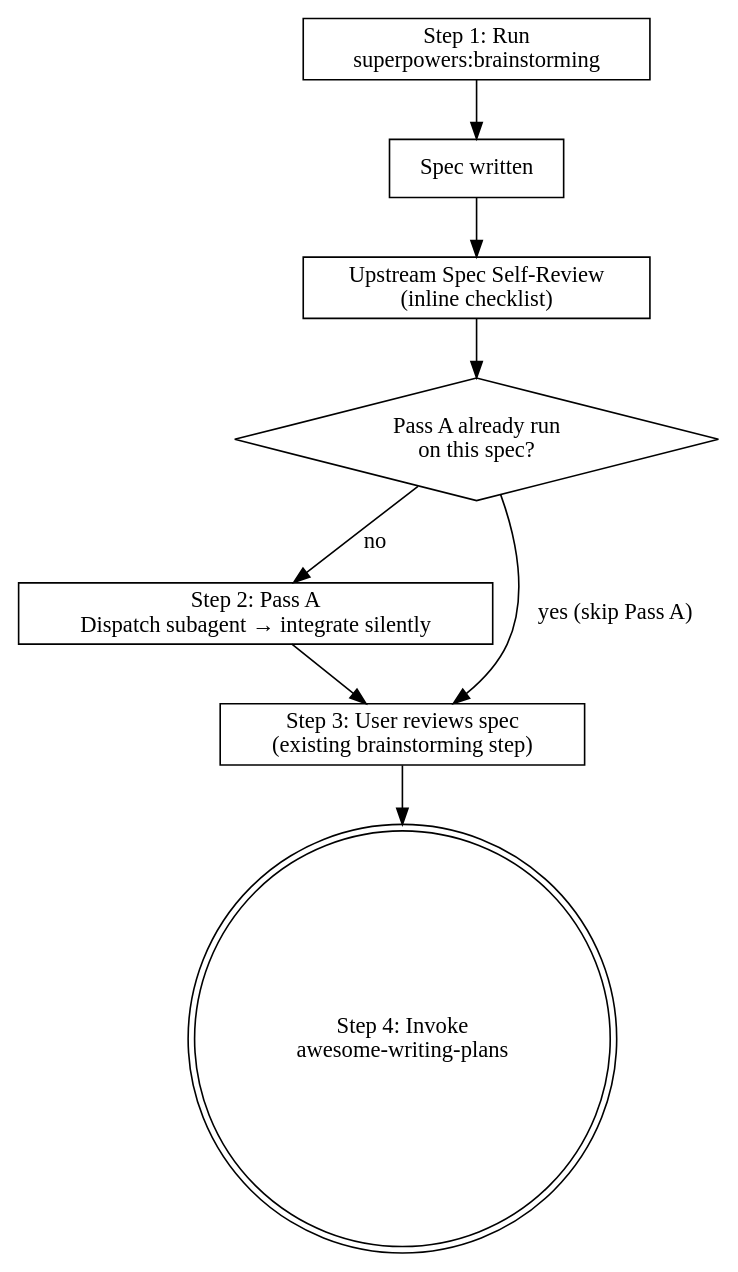
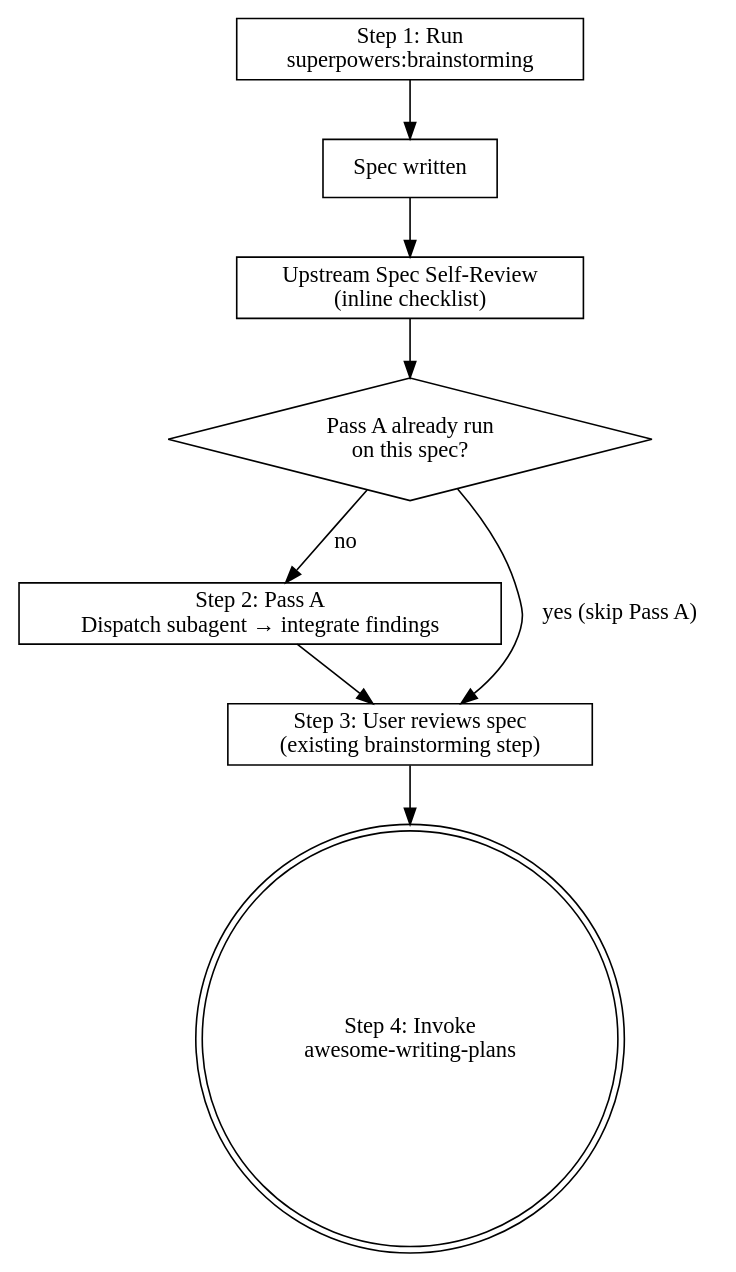
The diagram in skills/awesome-brainstorming/SKILL.md (sramji/awesome-superpowers), drawn with Graphviz before and after one commit. The commit also changed other lines of this file, not shown here.

First line of the commit message:
awesome-brainstorming: reword Pass A integration for transparency

````diff
--- a/skills/awesome-brainstorming/SKILL.md
+++ b/skills/awesome-brainstorming/SKILL.md
@@ -18,20 +18,20 @@
 ```dot
 digraph awesome_brainstorming {
     rankdir=TB;
     upstream [label="Step 1: Run\nsuperpowers:brainstorming" shape=box];
     written [label="Spec written" shape=box];
     self_review [label="Upstream Spec Self-Review\n(inline checklist)" shape=box];
     idempotency [label="Pass A already run\non this spec?" shape=diamond];
-    pass_a [label="Step 2: Pass A\nDispatch subagent → integrate silently" shape=box];
+    pass_a [label="Step 2: Pass A\nDispatch subagent → integrate findings" shape=box];
     user_review [label="Step 3: User reviews spec\n(existing brainstorming step)" shape=box];
     handoff [label="Step 4: Invoke\nawesome-writing-plans" shape=doublecircle];
 
     upstream -> written;
     written -> self_review;
     self_review -> idempotency;
     idempotency -> user_review [label="yes (skip Pass A)"];
     idempotency -> pass_a [label="no"];
     pass_a -> user_review;
     user_review -> handoff;
 }
 ```
````
